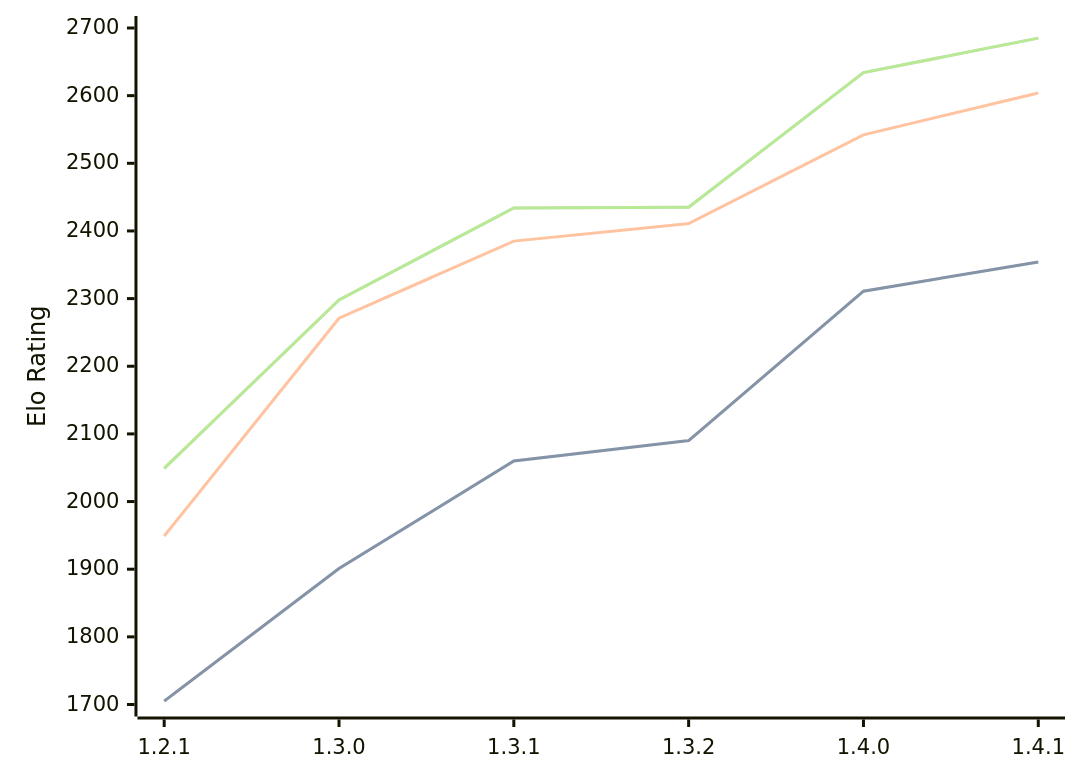
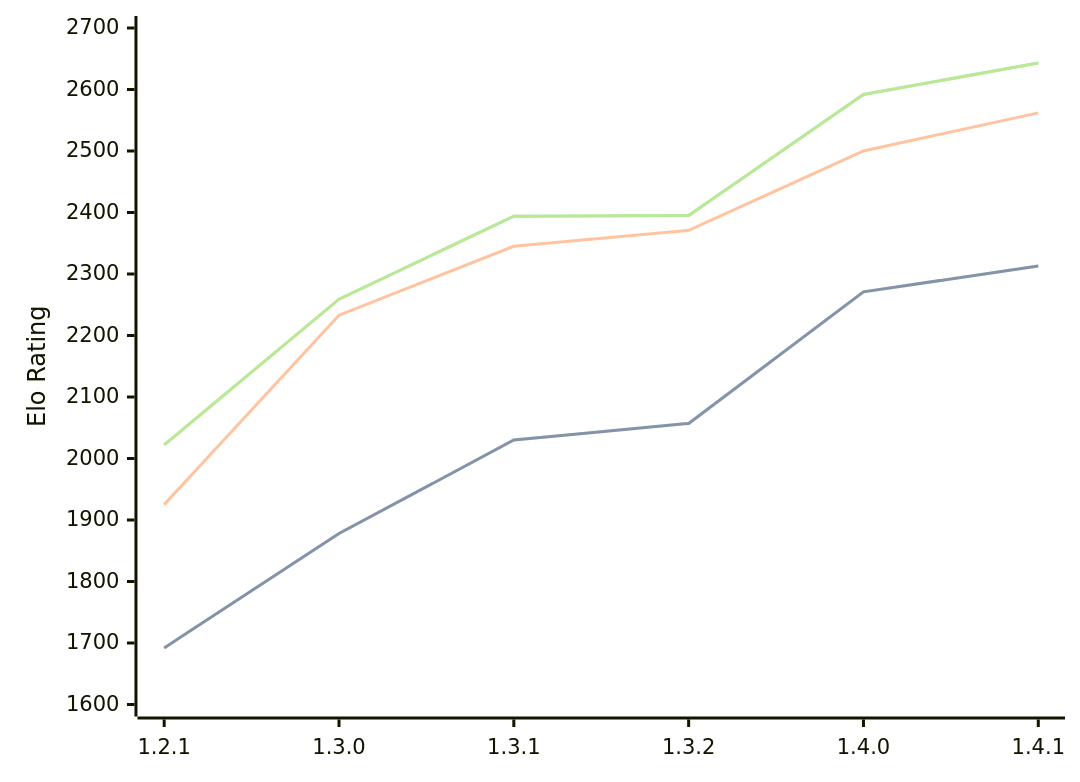
One commit to computer-chess-index/cci changed the diagram in engines/Chal.md. Above: the diagram before and after it, drawn with Mermaid. The commit also changed other lines of this file, not shown here.

Commit message:
Update CCI Ratings (ELO VLTC) - 2026-05-19

````diff
--- a/engines/Chal.md
+++ b/engines/Chal.md
@@ -39,11 +39,11 @@
 ```mermaid
 %%{init: {"theme":"base","themeVariables":{"seriesColors:['#a3a3a3','#222221','#faa371']}}}%%
 xychart-beta
   x-axis ["1.2.1", "1.3.0", "1.3.1", "1.3.2", "1.4.0", "1.4.1"]
-  y-axis "Elo Rating" 1700 --> 2700
-  line "STC (8.0+0.08s)" [1705, 1901, 2060, 2090, 2311, 2354]
-  line "STC (8.0+0.08s)" [1705, 1901, 2060, 2090, 2311, 2354]
-  line "LTC (60.0+0.60s)" [1949, 2271, 2385, 2411, 2542, 2604]
-  line "VLTC (2m24s+1.12s)" [2049, 2298, 2434, 2435, 2634, 2685]
-  line "VLTC (2m24s+1.12s)" [2049, 2298, 2434, 2435, 2634, 2685]
+  y-axis "Elo Rating" 1600 --> 2700
+  line "STC (8.0+0.08s)" [1692, 1878, 2030, 2057, 2271, 2313]
+  line "STC (8.0+0.08s)" [1692, 1878, 2030, 2057, 2271, 2313]
+  line "LTC (60.0+0.60s)" [1925, 2233, 2345, 2371, 2500, 2562]
+  line "VLTC (2m24s+1.12s)" [2022, 2259, 2394, 2395, 2592, 2643]
+  line "VLTC (2m24s+1.12s)" [2022, 2259, 2394, 2395, 2592, 2643]
 ```
````
